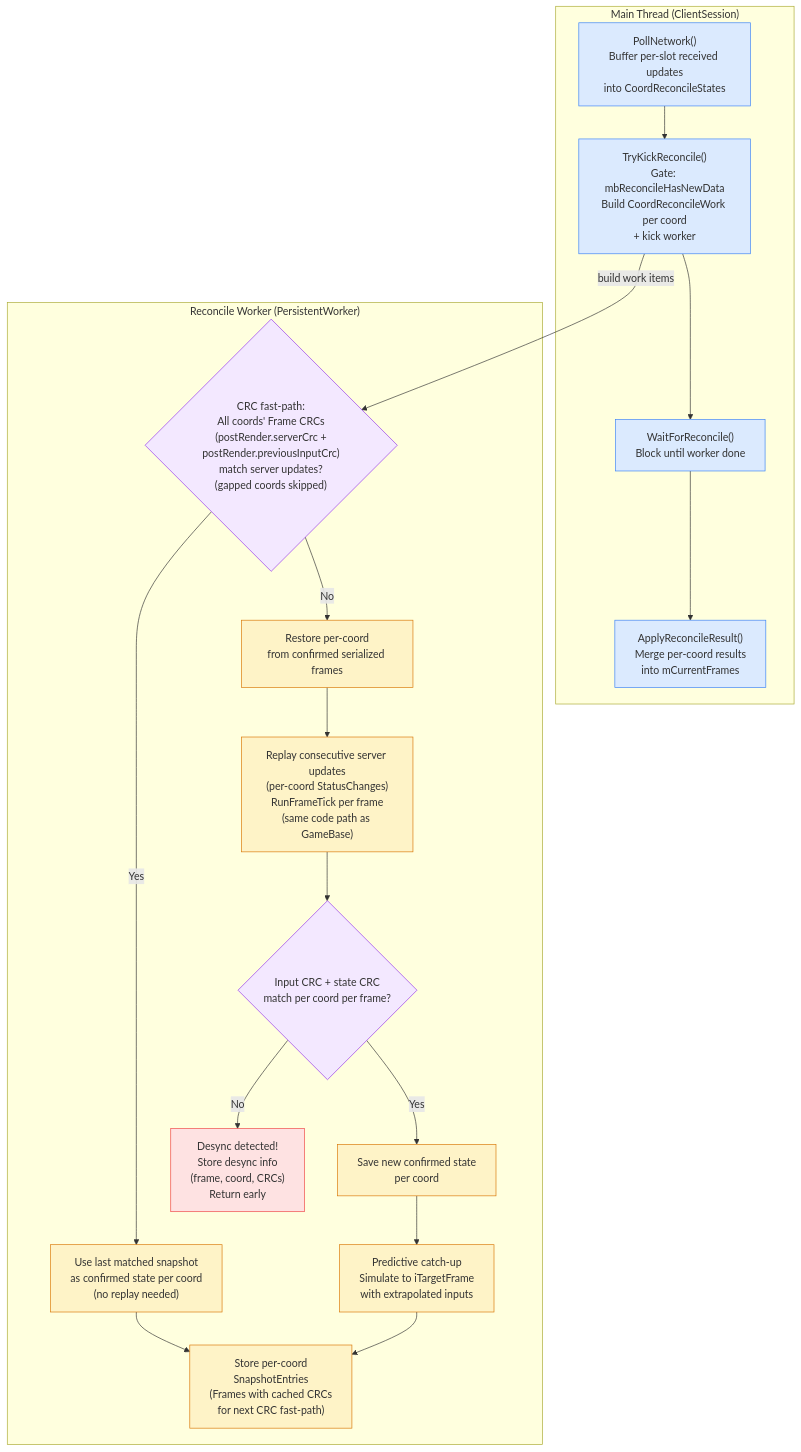
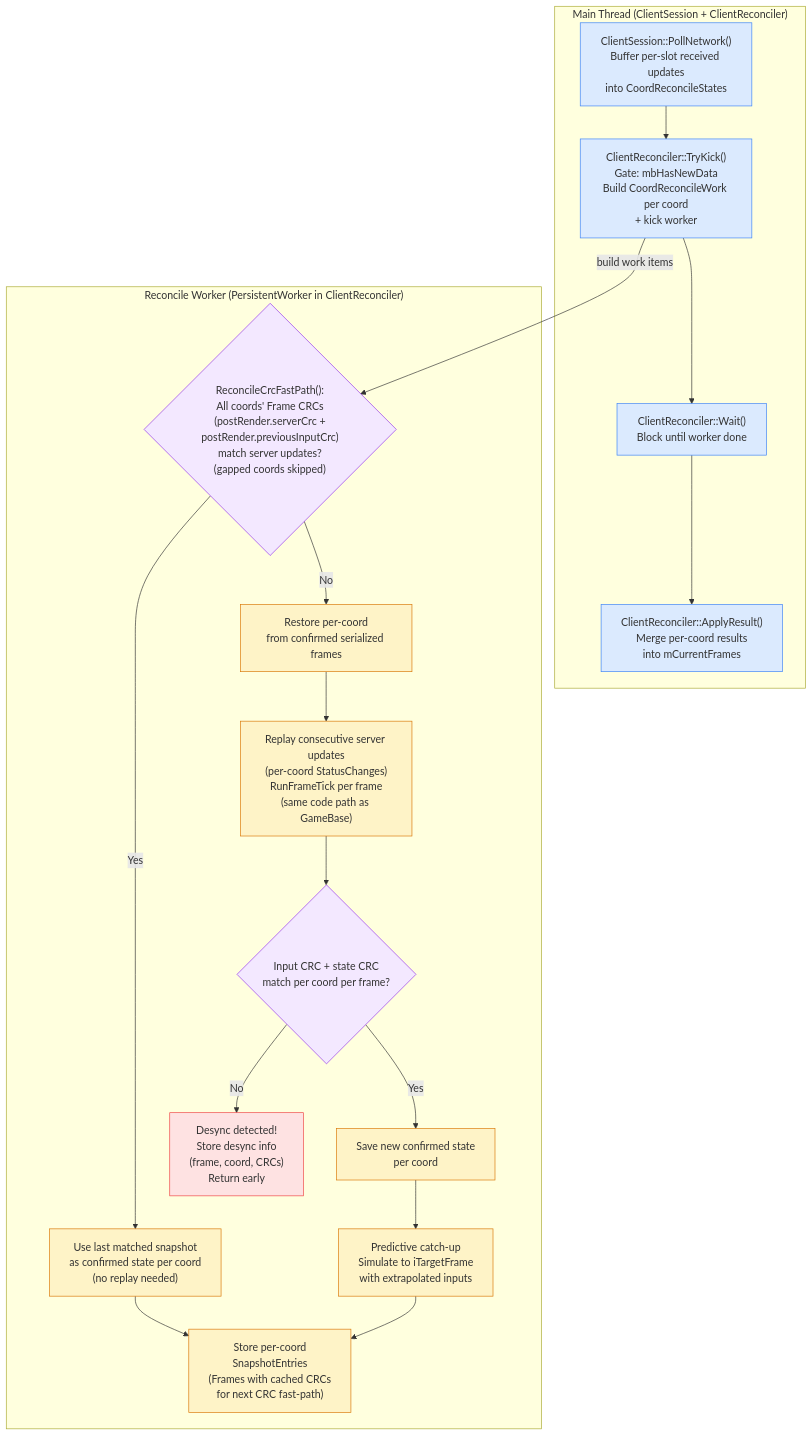
One commit to DougTanner/BrokenEnginePublic changed the sixth of 6 diagrams in Documents/Architecture/Network.md. Above: the diagram before and after it, drawn with Mermaid. The commit also changed other lines of this file and 116 other files, not shown here.

````diff
--- a/Documents/Architecture/Network.md
+++ b/Documents/Architecture/Network.md
@@ -189,37 +200,37 @@
 ```mermaid
 %%{init: {'theme': 'default'}}%%
 flowchart TD
     classDef mainThread fill:#dbeafe,stroke:#3b82f6
     classDef worker fill:#fef3c7,stroke:#d97706
     classDef decision fill:#f3e8ff,stroke:#9333ea
     classDef desync fill:#fee2e2,stroke:#ef4444
 
-    subgraph main ["Main Thread (ClientSession)"]
-        poll["PollNetwork()<br/>Buffer per-slot received updates<br/>into CoordReconcileStates"]:::mainThread
-        kick["TryKickReconcile()<br/>Gate: mbReconcileHasNewData<br/>Build CoordReconcileWork per coord<br/>+ kick worker"]:::mainThread
-        wait["WaitForReconcile()<br/>Block until worker done"]:::mainThread
-        apply["ApplyReconcileResult()<br/>Merge per-coord results<br/>into mCurrentFrames"]:::mainThread
+    subgraph main ["Main Thread (ClientSession + ClientReconciler)"]
+        poll["ClientSession::PollNetwork()<br/>Buffer per-slot received updates<br/>into CoordReconcileStates"]:::mainThread
+        kick["ClientReconciler::TryKick()<br/>Gate: mbHasNewData<br/>Build CoordReconcileWork per coord<br/>+ kick worker"]:::mainThread
+        wait["ClientReconciler::Wait()<br/>Block until worker done"]:::mainThread
+        apply["ClientReconciler::ApplyResult()<br/>Merge per-coord results<br/>into mCurrentFrames"]:::mainThread
     end
 
-    subgraph worker_thread ["Reconcile Worker (PersistentWorker)"]
-        check_crc{"CRC fast-path:<br/>All coords' Frame CRCs<br/>(postRender.serverCrc +<br/>postRender.previousInputCrc)<br/>match server updates?<br/>(gapped coords skipped)"}:::decision
+    subgraph worker_thread ["Reconcile Worker (PersistentWorker in ClientReconciler)"]
+        check_crc{"ReconcileCrcFastPath():<br/>All coords' Frame CRCs<br/>(postRender.serverCrc +<br/>postRender.previousInputCrc)<br/>match server updates?<br/>(gapped coords skipped)"}:::decision
 
         fast["Use last matched snapshot<br/>as confirmed state per coord<br/>(no replay needed)"]:::worker
 
         restore["Restore per-coord<br/>from confirmed serialized frames"]:::worker
         replay["Replay consecutive server updates<br/>(per-coord StatusChanges)<br/>RunFrameTick per frame<br/>(same code path as GameBase)"]:::worker
         validate{"Input CRC + state CRC<br/>match per coord per frame?"}:::decision
         save_confirmed["Save new confirmed state<br/>per coord"]:::worker
         catchup["Predictive catch-up<br/>Simulate to iTargetFrame<br/>with extrapolated inputs"]:::worker
         snapshot["Store per-coord<br/>SnapshotEntries<br/>(Frames with cached CRCs<br/>for next CRC fast-path)"]:::worker
 
         desync["Desync detected!<br/>Store desync info<br/>(frame, coord, CRCs)<br/>Return early"]:::desync
     end
 
     poll --> kick --> wait --> apply
     kick -->|build work items| check_crc
     check_crc -->|Yes| fast --> snapshot
     check_crc -->|No| restore --> replay --> validate
     validate -->|Yes| save_confirmed --> catchup --> snapshot
     validate -->|No| desync
 ```
````
